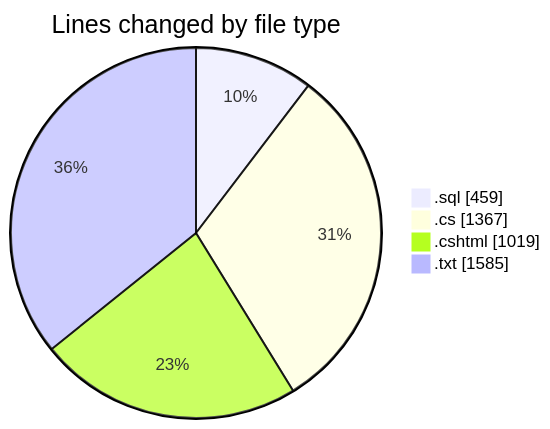
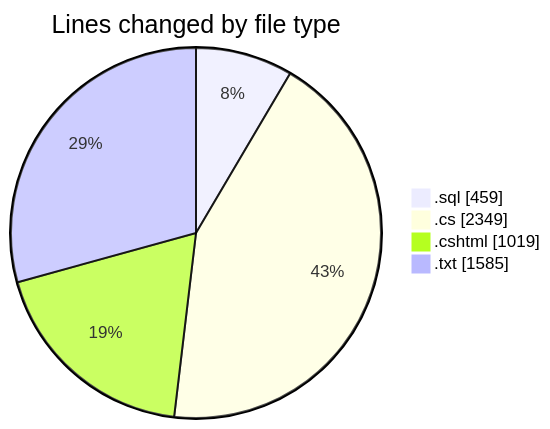
One commit to lephambinh05/code-tracking changed the first of 2 diagrams in 2025-07-23/quanlyrapchieuphim/README.md. Above: the diagram before and after it, drawn with Mermaid. The commit also changed other lines of this file and 1 other file, not shown here.

````diff
--- a/2025-07-23/quanlyrapchieuphim/README.md
+++ b/2025-07-23/quanlyrapchieuphim/README.md
@@ -31,8 +31,8 @@
 ```mermaid
 pie showData
 title Lines changed by file type
 ".sql" : 459
-".cs" : 1367
+".cs" : 2349
 ".cshtml" : 1019
 ".txt" : 1585
 ```
````
